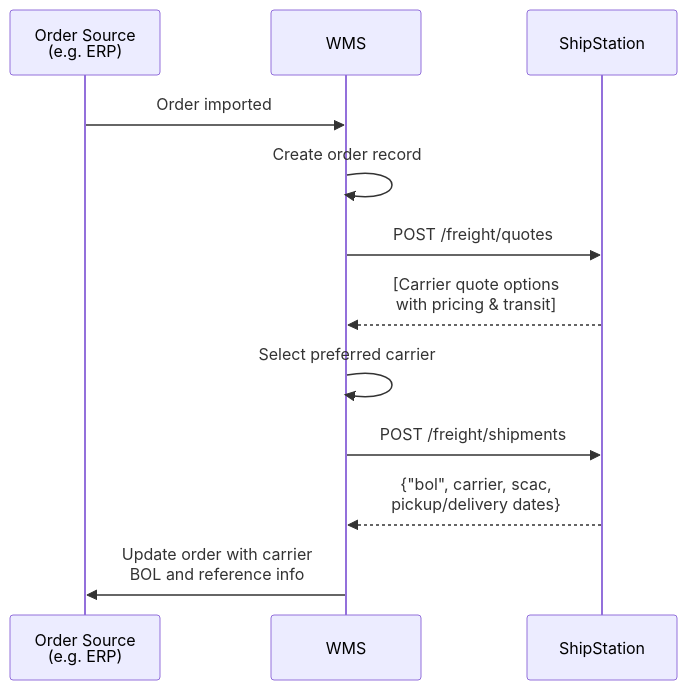
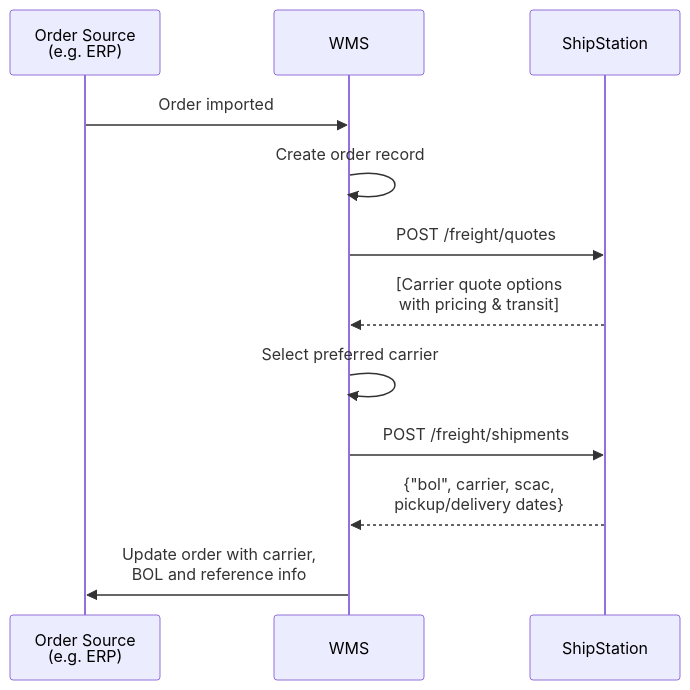
The diagram in patterns/freight/quote-book-print.md (pmcgee-personal/shipstation-integration-toolkit), drawn with Mermaid before and after one commit. The commit also changed other lines of this file and 2 other files, not shown here.

Commit message:
update: freight patterns

````diff
--- a/patterns/freight/quote-book-print.md
+++ b/patterns/freight/quote-book-print.md
@@ -9,18 +9,18 @@
 ```mermaid
 sequenceDiagram
     participant Src as Order Source<br/>(e.g. ERP)
     participant WMS as WMS
     participant SS as ShipStation
 
     Src->>WMS: Order imported
     WMS->>WMS: Create order record
 
     WMS->>SS: POST /freight/quotes
     SS-->>WMS: [Carrier quote options<br/>with pricing & transit]
 
     WMS->>WMS: Select preferred carrier
     WMS->>SS: POST /freight/shipments
     SS-->>WMS: {"bol", carrier, scac,<br/>pickup/delivery dates}
 
-    WMS->>Src: Update order with carrier<br/>BOL and reference info
+    WMS->>Src: Update order with carrier,<br/>BOL and reference info
 ```
````
